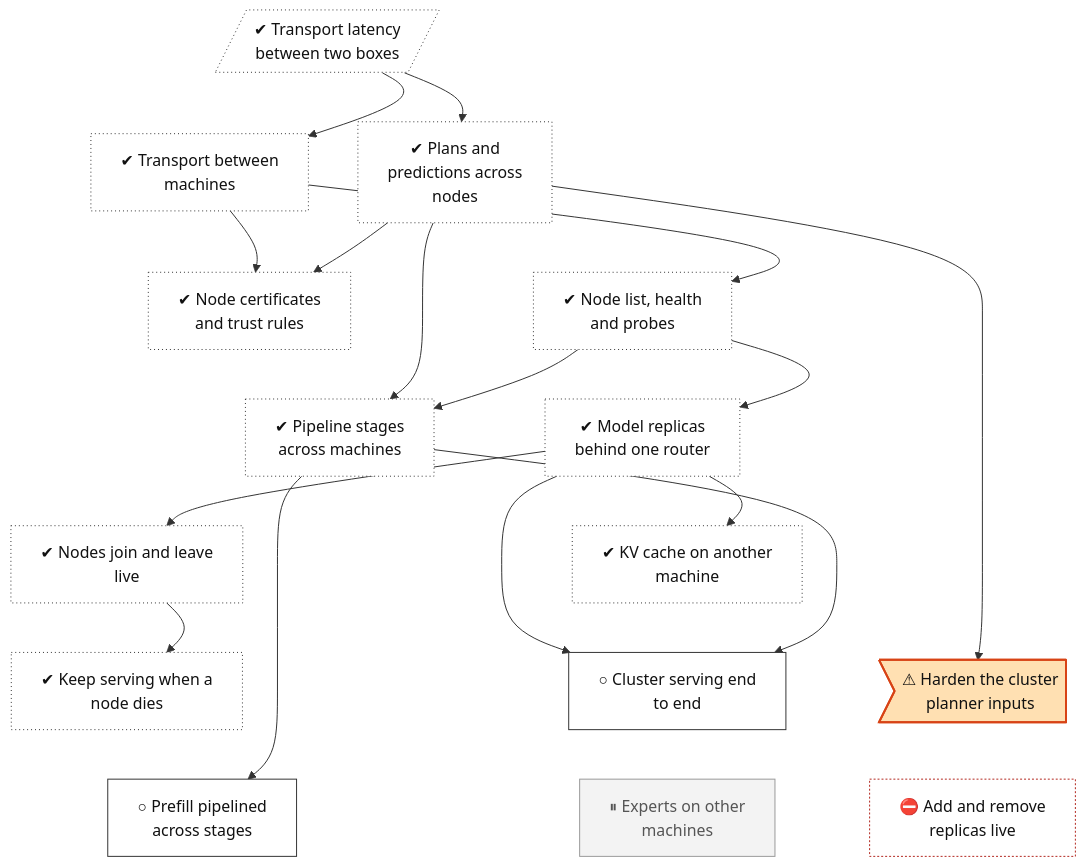
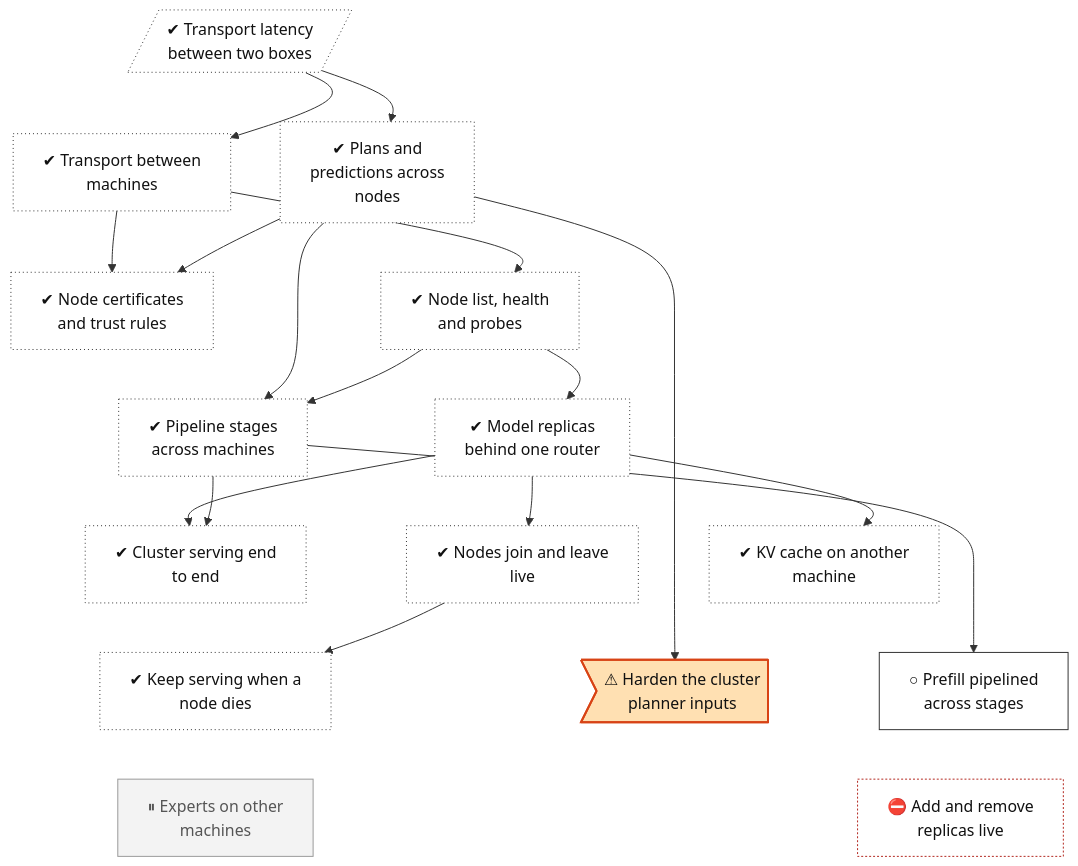
One commit to lhns/tetraeder changed the diagram in docs/roadmap/tracks/cluster.md. Above: the diagram before and after it, drawn with Mermaid. The commit also changed other lines of this file and 31 other files, not shown here.

````diff
--- a/docs/roadmap/tracks/cluster.md
+++ b/docs/roadmap/tracks/cluster.md
@@ -10,66 +10,67 @@
 ```mermaid
 flowchart TB
     cluster_transport_wan[/"✔ Transport latency<br/>between two boxes"/]
     cluster_transport["✔ Transport between<br/>machines"]
     cluster_planner["✔ Plans and<br/>predictions across<br/>nodes"]
     cluster_mtls["✔ Node certificates<br/>and trust rules"]
     cluster_discovery["✔ Node list, health<br/>and probes"]
     cluster_pipeline_nodes["✔ Pipeline stages<br/>across machines"]
     cluster_replicas["✔ Model replicas<br/>behind one router"]
+    cluster_integration["✔ Cluster serving end<br/>to end"]
     cluster_join_leave["✔ Nodes join and leave<br/>live"]
     cluster_remote_kv["✔ KV cache on another<br/>machine"]
     cluster_failover["✔ Keep serving when a<br/>node dies"]
-    cluster_integration["○ Cluster serving end<br/>to end"]
     cluster_planner_hardening>"⚠ Harden the cluster<br/>planner inputs"]
     cluster_pipeline_prefill["○ Prefill pipelined<br/>across stages"]
     cluster_experts_nodes["⏸ Experts on other<br/>machines"]
     cluster_replica_scaling["⛔ Add and remove<br/>replicas live"]
     cluster_transport_wan ~~~ cluster_transport
     cluster_transport_wan ~~~ cluster_planner
     cluster_transport ~~~ cluster_mtls
     cluster_planner ~~~ cluster_discovery
     cluster_mtls ~~~ cluster_pipeline_nodes
     cluster_discovery ~~~ cluster_replicas
-    cluster_pipeline_nodes ~~~ cluster_join_leave
+    cluster_pipeline_nodes ~~~ cluster_integration
+    cluster_replicas ~~~ cluster_join_leave
     cluster_replicas ~~~ cluster_remote_kv
-    cluster_join_leave ~~~ cluster_failover
-    cluster_remote_kv ~~~ cluster_integration
-    cluster_remote_kv ~~~ cluster_planner_hardening
-    cluster_failover ~~~ cluster_pipeline_prefill
-    cluster_integration ~~~ cluster_experts_nodes
+    cluster_integration ~~~ cluster_failover
+    cluster_join_leave ~~~ cluster_planner_hardening
+    cluster_remote_kv ~~~ cluster_pipeline_prefill
+    cluster_failover ~~~ cluster_experts_nodes
     cluster_planner_hardening ~~~ cluster_replica_scaling
+    cluster_pipeline_prefill ~~~ cluster_replica_scaling
     cluster_transport_wan --> cluster_transport
     cluster_transport_wan --> cluster_planner
     cluster_transport --> cluster_mtls
     cluster_planner --> cluster_mtls
     cluster_transport --> cluster_discovery
     cluster_planner --> cluster_pipeline_nodes
     cluster_discovery --> cluster_pipeline_nodes
     cluster_discovery --> cluster_replicas
+    cluster_replicas --> cluster_integration
+    cluster_pipeline_nodes --> cluster_integration
     cluster_replicas --> cluster_join_leave
     cluster_replicas --> cluster_remote_kv
     cluster_join_leave --> cluster_failover
-    cluster_replicas --> cluster_integration
-    cluster_pipeline_nodes --> cluster_integration
     cluster_planner --> cluster_planner_hardening
     cluster_pipeline_nodes --> cluster_pipeline_prefill
     classDef vsucc fill:#2e9e4f,stroke:#1b6b34,color:#fff
     classDef succ fill:#bfe8c8,stroke:#2e9e4f,color:#111
     classDef mixed fill:#ffd37a,stroke:#c98a00,color:#111
     classDef bad fill:#f28b82,stroke:#b3261e,color:#111
     classDef dead fill:#e6e6e6,stroke:#777,stroke-dasharray:5 5,color:#555
     classDef inprog fill:#a8cdf5,stroke:#1f6fc5,color:#111
     classDef next fill:#fff,stroke:#333,color:#111
     classDef blocked fill:#fff,stroke:#b3261e,stroke-dasharray:2 2,color:#111
     classDef parked fill:#f3f3f3,stroke:#999,color:#555
     classDef unrated fill:#fff,stroke:#333,stroke-dasharray:1 3,color:#111
     classDef gate fill:#d9c2f0,stroke:#7b3fb5,color:#111
     classDef decided fill:#ece0f7,stroke:#7b3fb5,stroke-dasharray:2 2,color:#111
     classDef finding fill:#ffe0b2,stroke:#d84315,stroke-width:2px,color:#111
     classDef waiting fill:#e3f2fd,stroke:#1f6fc5,stroke-dasharray:5 5,color:#111
-    class cluster_transport_wan,cluster_transport,cluster_planner,cluster_mtls,cluster_discovery,cluster_pipeline_nodes,cluster_replicas,cluster_join_leave,cluster_remote_kv,cluster_failover unrated
-    class cluster_integration,cluster_pipeline_prefill next
+    class cluster_transport_wan,cluster_transport,cluster_planner,cluster_mtls,cluster_discovery,cluster_pipeline_nodes,cluster_replicas,cluster_integration,cluster_join_leave,cluster_remote_kv,cluster_failover unrated
     class cluster_planner_hardening finding
+    class cluster_pipeline_prefill next
     class cluster_experts_nodes parked
     class cluster_replica_scaling blocked
 ```
````
